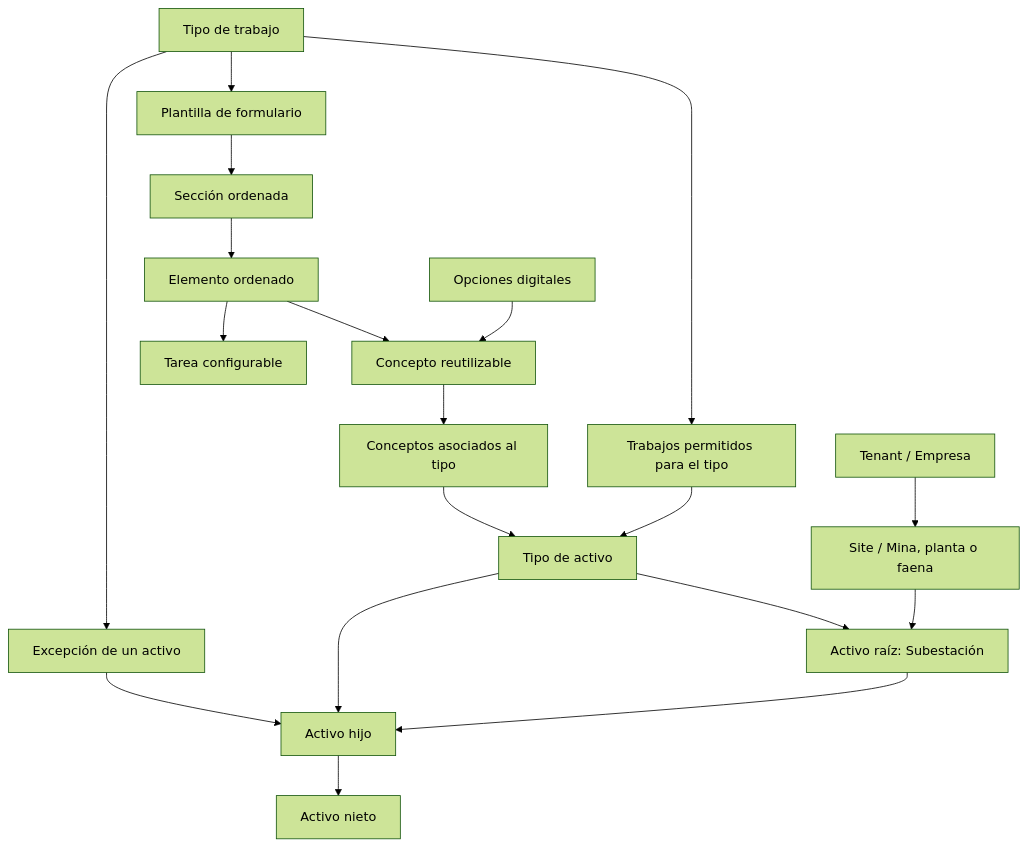
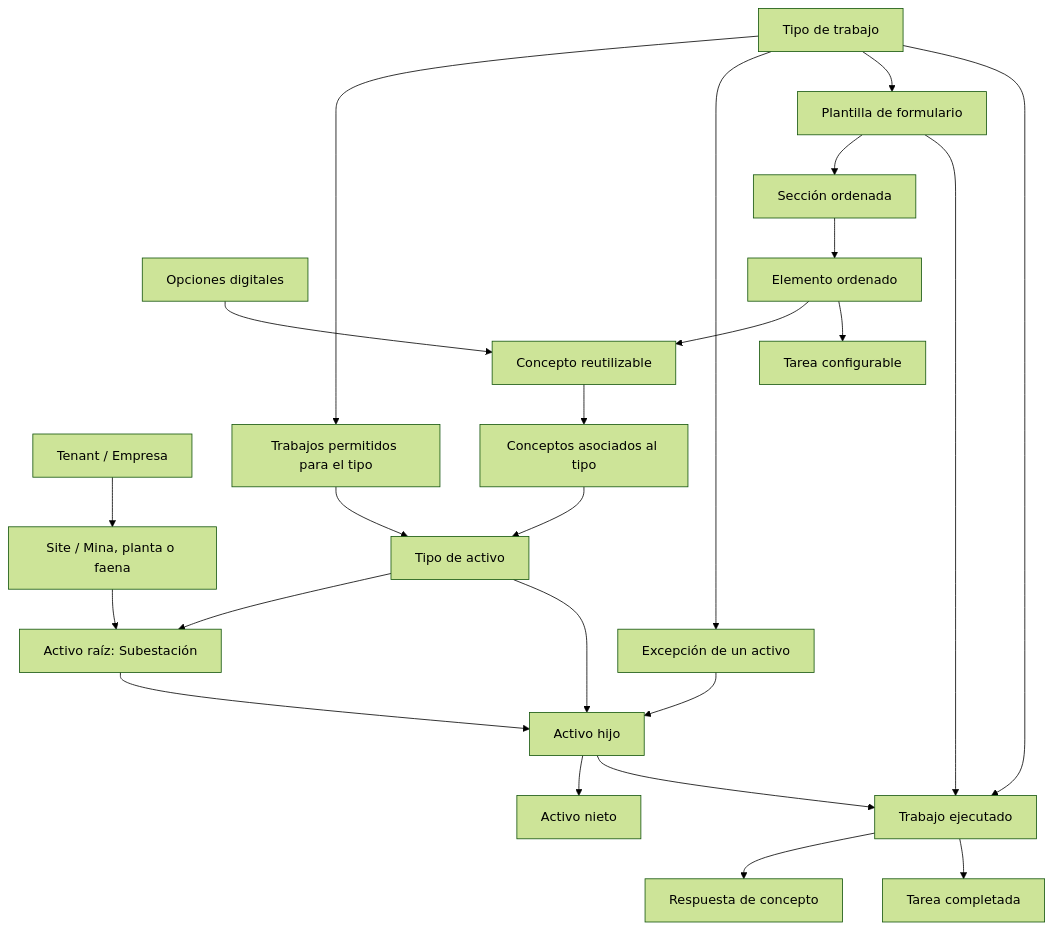
The diagram in docs/INSPECTION_RULES.md (RodrigoSHL/project-manager-nx), drawn with Mermaid (forest theme) before and after one commit. The commit also changed other lines of this file and 31 other files, not shown here.

````diff
--- a/docs/INSPECTION_RULES.md
+++ b/docs/INSPECTION_RULES.md
@@ -20,21 +20,26 @@
 ```mermaid
 flowchart TD
   T[Tenant / Empresa] --> S[Site / Mina, planta o faena]
   S --> A1[Activo raíz: Subestación]
   A1 --> A2[Activo hijo]
   A2 --> A3[Activo nieto]
   AT[Tipo de activo] --> A1
   AT --> A2
   ATWT[Trabajos permitidos para el tipo] --> AT
   WT[Tipo de trabajo] --> ATWT
   AWT[Excepción de un activo] --> A2
   WT --> AWT
   ATC[Conceptos asociados al tipo] --> AT
   C[Concepto reutilizable] --> ATC
   CO[Opciones digitales] --> C
   WT --> FT[Plantilla de formulario]
   FT --> FS[Sección ordenada]
   FS --> FI[Elemento ordenado]
   FI --> C
   FI --> TK[Tarea configurable]
+  A2 --> W[Trabajo ejecutado]
+  WT --> W
+  FT --> W
+  W --> CR[Respuesta de concepto]
+  W --> TC[Tarea completada]
 ```
````
